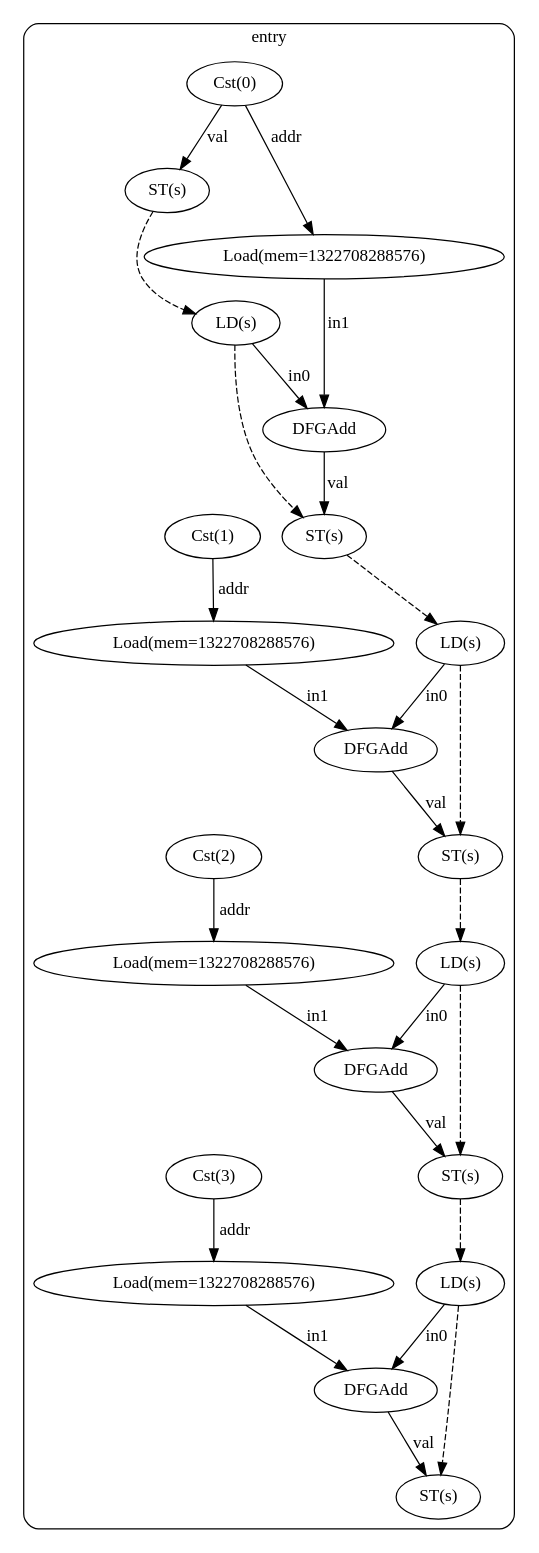
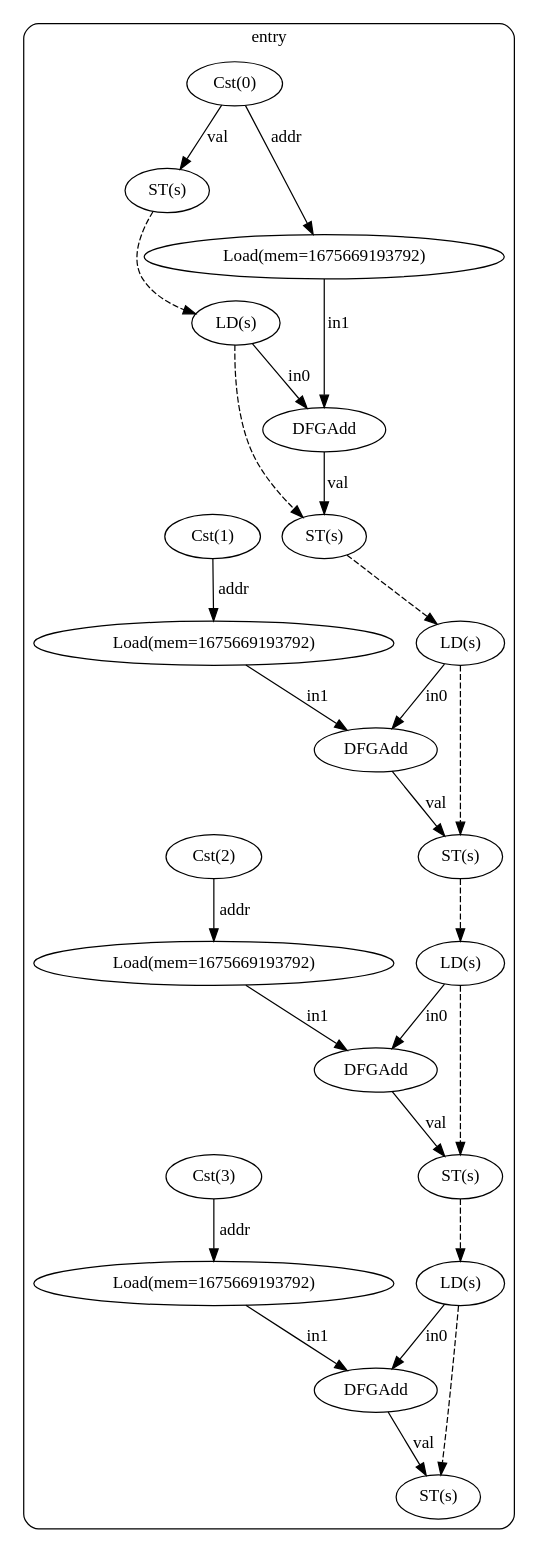
Before and after one commit to ma-carrillo/High-level-synthesis-assignment: the diagram in test12/cfg_with_dfg.dot, drawn with Graphviz. The commit also changed 11 other files, not shown here.

```diff
--- a/test12/cfg_with_dfg.dot
+++ b/test12/cfg_with_dfg.dot
@@ -1,53 +1,53 @@
 digraph "cfg" {
   compound=true;
   subgraph "cluster_bb0" {
     label="entry";
     style=rounded;
     bb0_n0 [label="Cst(0)"];
     bb0_n1 [label="ST(s)"];
     bb0_n2 [label="LD(s)"];
-    bb0_n3 [label="Load(mem=1322708288576)"];
+    bb0_n3 [label="Load(mem=1675669193792)"];
     bb0_n4 [label="DFGAdd"];
     bb0_n5 [label="ST(s)"];
     bb0_n6 [label="LD(s)"];
     bb0_n7 [label="Cst(1)"];
-    bb0_n8 [label="Load(mem=1322708288576)"];
+    bb0_n8 [label="Load(mem=1675669193792)"];
     bb0_n9 [label="DFGAdd"];
     bb0_n10 [label="ST(s)"];
     bb0_n11 [label="LD(s)"];
     bb0_n12 [label="Cst(2)"];
-    bb0_n13 [label="Load(mem=1322708288576)"];
+    bb0_n13 [label="Load(mem=1675669193792)"];
     bb0_n14 [label="DFGAdd"];
     bb0_n15 [label="ST(s)"];
     bb0_n16 [label="LD(s)"];
     bb0_n17 [label="Cst(3)"];
-    bb0_n18 [label="Load(mem=1322708288576)"];
+    bb0_n18 [label="Load(mem=1675669193792)"];
     bb0_n19 [label="DFGAdd"];
     bb0_n20 [label="ST(s)"];
     bb0_n0 -> bb0_n1 [label="val"];
     bb0_n0 -> bb0_n3 [label="addr"];
     bb0_n1 -> bb0_n2 [style="dashed"];
     bb0_n2 -> bb0_n4 [label="in0"];
     bb0_n2 -> bb0_n5 [style="dashed"];
     bb0_n3 -> bb0_n4 [label="in1"];
     bb0_n4 -> bb0_n5 [label="val"];
     bb0_n5 -> bb0_n6 [style="dashed"];
     bb0_n6 -> bb0_n9 [label="in0"];
     bb0_n6 -> bb0_n10 [style="dashed"];
     bb0_n7 -> bb0_n8 [label="addr"];
     bb0_n8 -> bb0_n9 [label="in1"];
     bb0_n9 -> bb0_n10 [label="val"];
     bb0_n10 -> bb0_n11 [style="dashed"];
     bb0_n11 -> bb0_n14 [label="in0"];
     bb0_n11 -> bb0_n15 [style="dashed"];
     bb0_n12 -> bb0_n13 [label="addr"];
     bb0_n13 -> bb0_n14 [label="in1"];
     bb0_n14 -> bb0_n15 [label="val"];
     bb0_n15 -> bb0_n16 [style="dashed"];
     bb0_n16 -> bb0_n19 [label="in0"];
     bb0_n16 -> bb0_n20 [style="dashed"];
     bb0_n17 -> bb0_n18 [label="addr"];
     bb0_n18 -> bb0_n19 [label="in1"];
     bb0_n19 -> bb0_n20 [label="val"];
   }
 }
```
